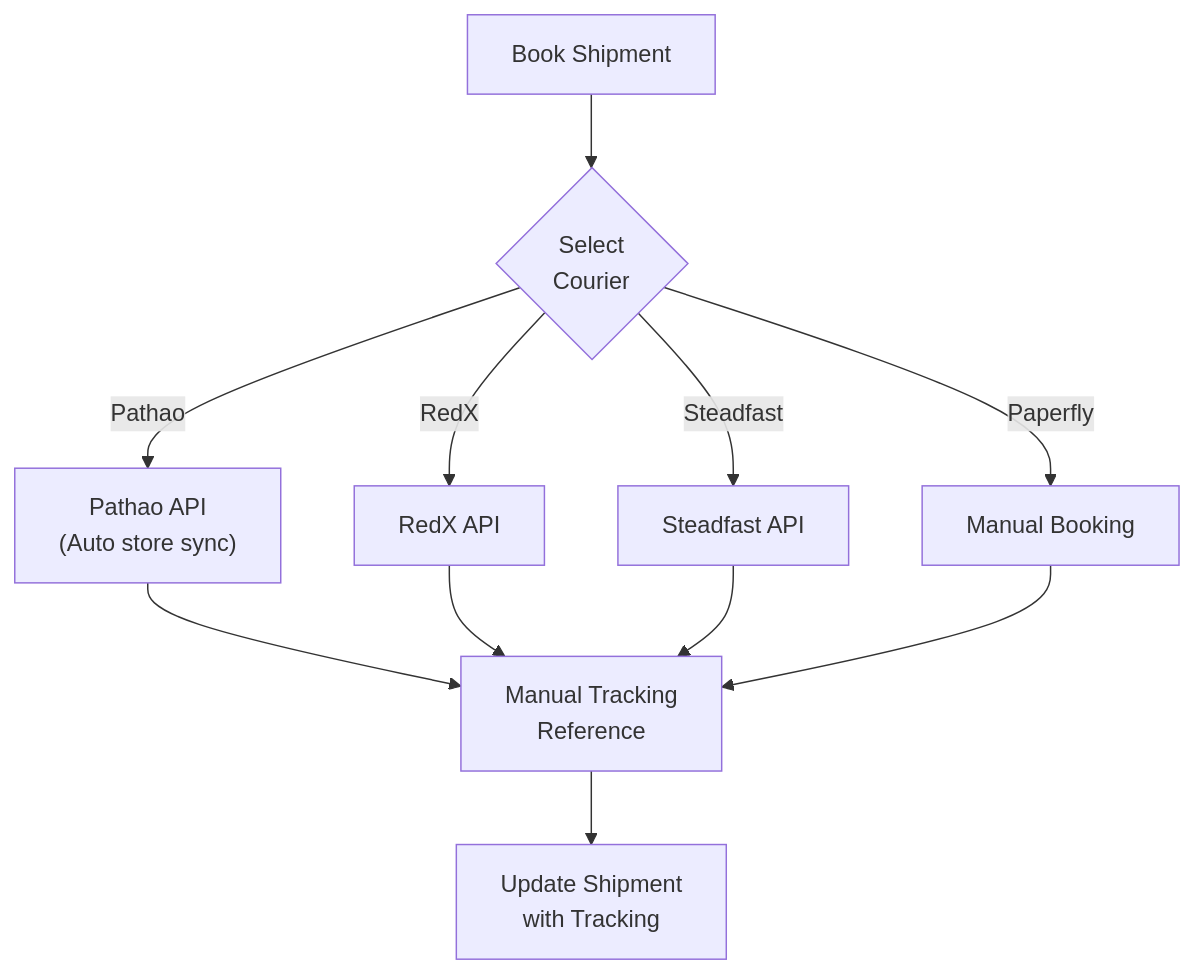
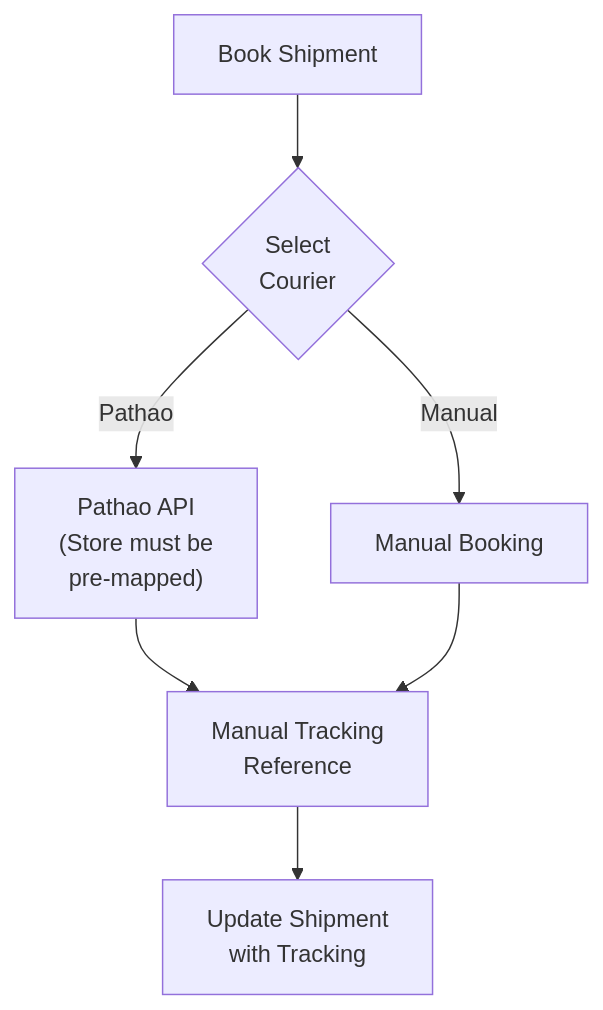
The fifth of 8 diagrams in docs/Order-Flow.md (Suhan-Ahmad226/LofiMart), drawn with Mermaid before and after one commit. The commit also changed other lines of this file and 672 other files, not shown here.

Commit message:
refactor: consolidate marketplace architecture and features

````diff
--- a/docs/Order-Flow.md
+++ b/docs/Order-Flow.md
@@ -170,15 +170,11 @@
 ```mermaid
 graph TB
     Book["Book Shipment"] --> SelectProvider{"Select<br/>Courier"}
-    SelectProvider -->|"Pathao"| PathaoBook["Pathao API<br/>(Auto store sync)"]
-    SelectProvider -->|"RedX"| RedxBook["RedX API"]
-    SelectProvider -->|"Steadfast"| SteadfastBook["Steadfast API"]
-    SelectProvider -->|"Paperfly"| ManualBook["Manual Booking"]
+    SelectProvider -->|"Pathao"| PathaoBook["Pathao API<br/>(Store must be<br/>pre-mapped)"]
+    SelectProvider -->|"Manual"| ManualBook["Manual Booking"]
     
     PathaoBook --> TrackingID["Tracking ID<br/>Generated"]
-    RedxBook --> TrackingID
-    SteadfastBook --> TrackingID
     ManualBook --> TrackingID["Manual Tracking<br/>Reference"]
     
     TrackingID --> UpdateShipment["Update Shipment<br/>with Tracking"]
 ```
````
